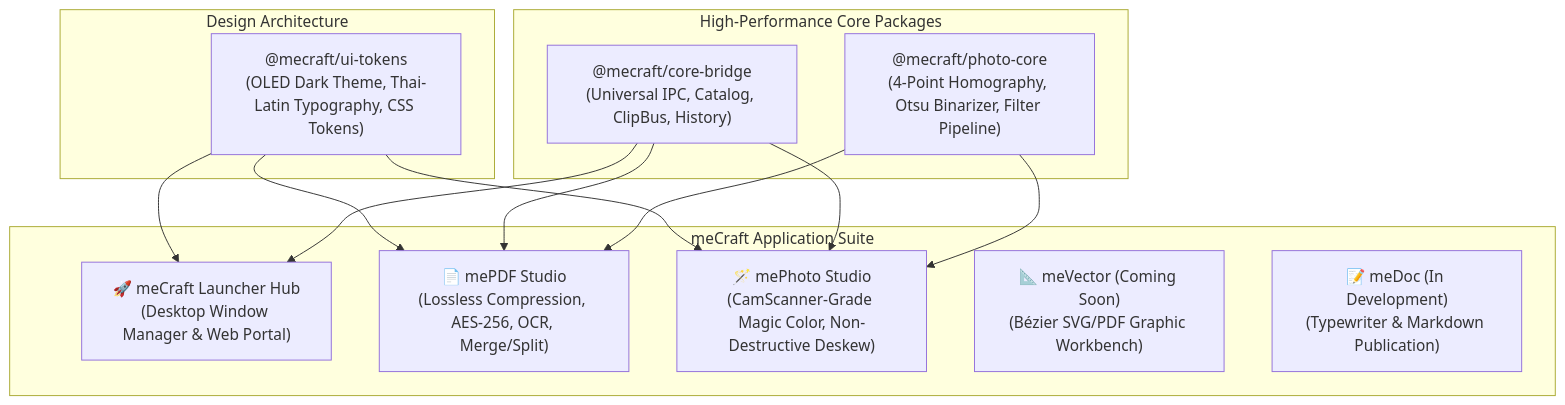
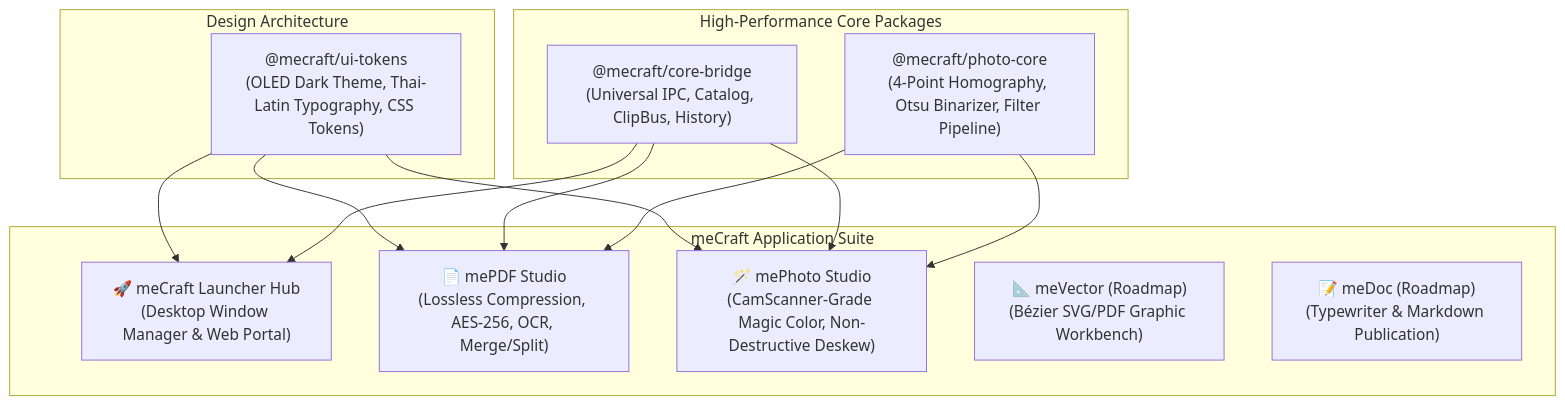
One commit to methastrategy/meCraft changed the diagram in README.md. Above: the diagram before and after it, drawn with Mermaid. The commit also changed other lines of this file and 8 other files, not shown here.

````diff
--- a/README.md
+++ b/README.md
@@ -34,30 +46,30 @@
 ```mermaid
 flowchart TD
     subgraph UI_Tokens["Design Architecture"]
         Tokens["@mecraft/ui-tokens\n(OLED Dark Theme, Thai-Latin Typography, CSS Tokens)"]
     end
 
     subgraph Core_Engines["High-Performance Core Packages"]
         Bridge["@mecraft/core-bridge\n(Universal IPC, Catalog, ClipBus, History)"]
         PhotoCore["@mecraft/photo-core\n(4-Point Homography, Otsu Binarizer, Filter Pipeline)"]
     end
 
     subgraph App_Suite["meCraft Application Suite"]
         Launcher["🚀 meCraft Launcher Hub\n(Desktop Window Manager & Web Portal)"]
         PDF["📄 mePDF Studio\n(Lossless Compression, AES-256, OCR, Merge/Split)"]
         Photo["🪄 mePhoto Studio\n(CamScanner-Grade Magic Color, Non-Destructive Deskew)"]
-        Vector["📐 meVector (Coming Soon)\n(Bézier SVG/PDF Graphic Workbench)"]
-        Doc["📝 meDoc (In Development)\n(Typewriter & Markdown Publication)"]
+        Vector["📐 meVector (Roadmap)\n(Bézier SVG/PDF Graphic Workbench)"]
+        Doc["📝 meDoc (Roadmap)\n(Typewriter & Markdown Publication)"]
     end
 
     Tokens --> Launcher
     Tokens --> PDF
     Tokens --> Photo
 
     Bridge --> Launcher
     Bridge --> PDF
     Bridge --> Photo
 
     PhotoCore --> Photo
     PhotoCore --> PDF
 ```
````
